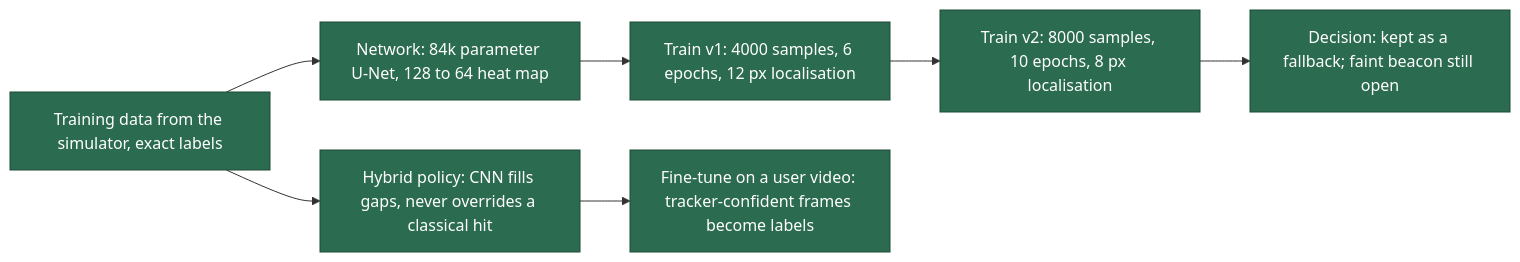
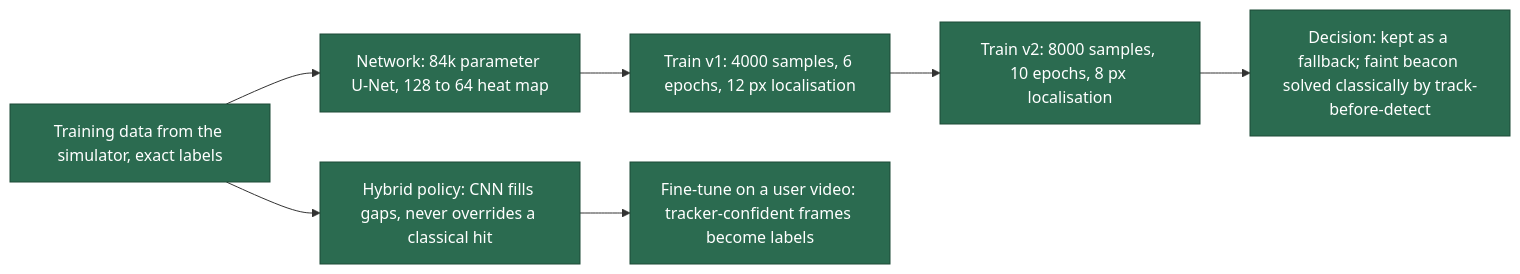
The fourth of 5 diagrams in PROGRESS.md (tanmayhutt/SIH26169), drawn with Mermaid before and after one commit. The commit also changed other lines of this file and 9 other files, not shown here.

````diff
--- a/PROGRESS.md
+++ b/PROGRESS.md
@@ -170,12 +170,12 @@
 ```mermaid
 flowchart LR
     classDef done fill:#2B6B50,stroke:#1d4a37,color:#fff
     classDef wip  fill:#B8860B,stroke:#7a5a07,color:#fff
     classDef todo fill:#5a6b77,stroke:#3c4850,color:#fff
     a[Training data from the simulator, exact labels]:::done --> b[Network: 84k parameter U-Net, 128 to 64 heat map]:::done
     b --> c[Train v1: 4000 samples, 6 epochs, 12 px localisation]:::done
     c --> d[Train v2: 8000 samples, 10 epochs, 8 px localisation]:::done
-    d --> e[Decision: kept as a fallback; faint beacon still open]:::done
+    d --> e[Decision: kept as a fallback; faint beacon solved classically by track-before-detect]:::done
     a --> f[Hybrid policy: CNN fills gaps, never overrides a classical hit]:::done
     f --> g[Fine-tune on a user video: tracker-confident frames become labels]:::done
 ```
````
